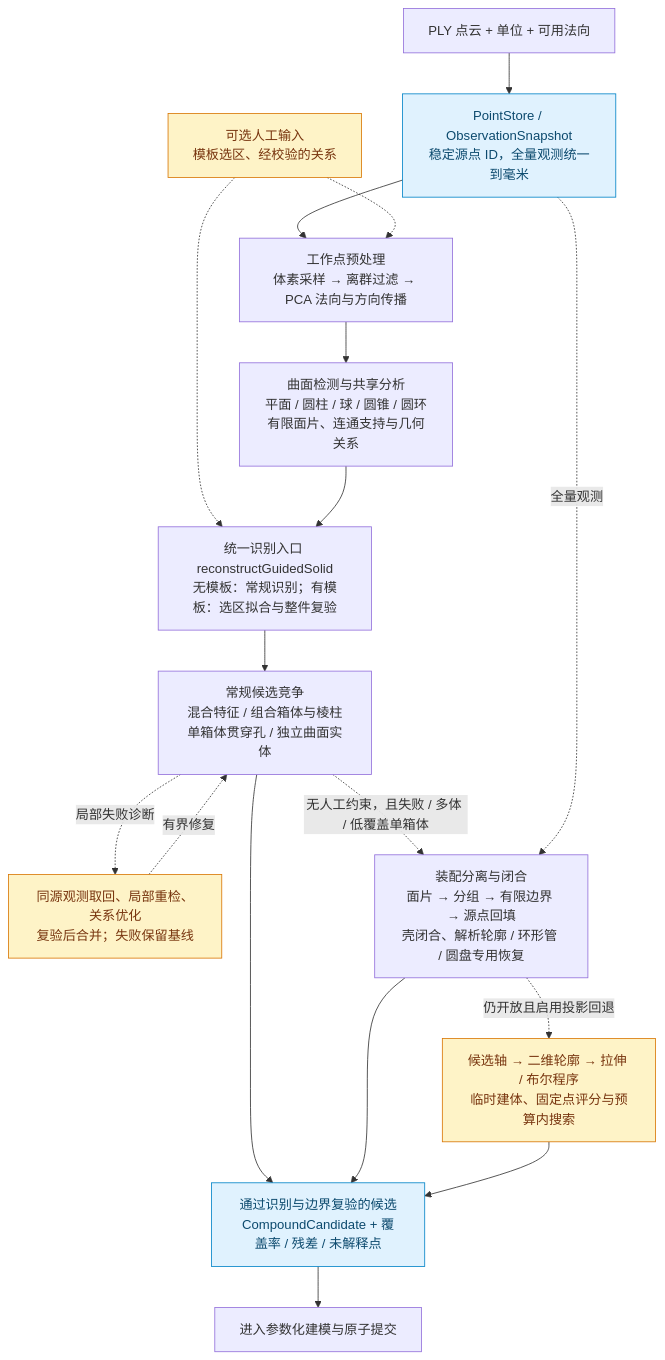
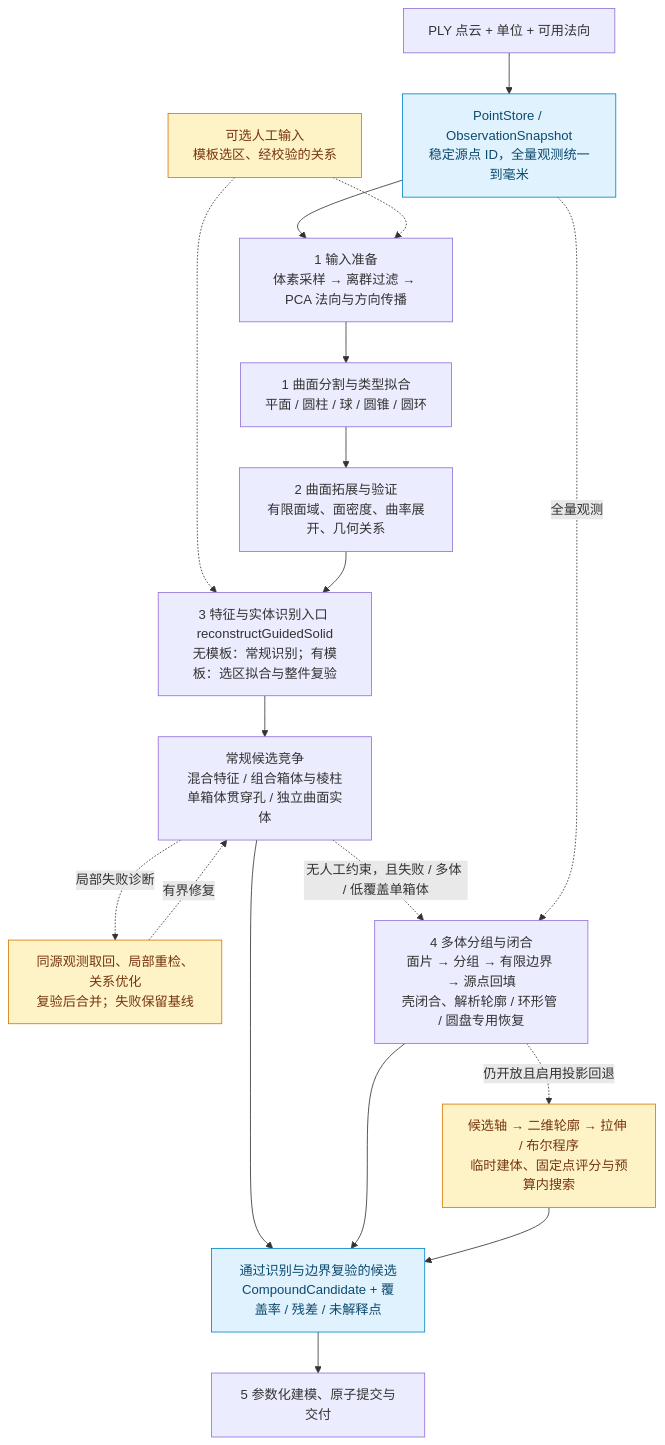
The third of 4 diagrams in docs/site/getting-started/introduction.md (ghhufue/Bochu-ParamCAD), drawn with Mermaid before and after one commit. The commit also changed other lines of this file and 20 other files, not shown here.

````diff
--- a/docs/site/getting-started/introduction.md
+++ b/docs/site/getting-started/introduction.md
@@ -107,25 +107,26 @@
 ```mermaid
 flowchart TB
     PLY["PLY 点云 + 单位 + 可用法向"] --> SNAP["PointStore / ObservationSnapshot<br/>稳定源点 ID，全量观测统一到毫米"]
-    SNAP --> PRE["工作点预处理<br/>体素采样 → 离群过滤 → PCA 法向与方向传播"]
-    PRE --> ANALYSIS["曲面检测与共享分析<br/>平面 / 圆柱 / 球 / 圆锥 / 圆环<br/>有限面片、连通支持与几何关系"]
+    SNAP --> PRE["1 输入准备<br/>体素采样 → 离群过滤 → PCA 法向与方向传播"]
+    PRE --> ANALYSIS["1 曲面分割与类型拟合<br/>平面 / 圆柱 / 球 / 圆锥 / 圆环"]
+    ANALYSIS --> SUPPORT["2 曲面拓展与验证<br/>有限面域、面密度、曲率展开、几何关系"]
     HINT["可选人工输入<br/>模板选区、经校验的关系"]
     HINT -.-> PRE
     HINT -.-> GUIDED
-    ANALYSIS --> GUIDED["统一识别入口 reconstructGuidedSolid<br/>无模板：常规识别；有模板：选区拟合与整件复验"]
+    SUPPORT --> GUIDED["3 特征与实体识别入口 reconstructGuidedSolid<br/>无模板：常规识别；有模板：选区拟合与整件复验"]
     GUIDED --> RECOGNIZE["常规候选竞争<br/>混合特征 / 组合箱体与棱柱<br/>单箱体贯穿孔 / 独立曲面实体"]
     RECOGNIZE -. "局部失败诊断" .-> REPAIR["同源观测取回、局部重检、关系优化<br/>复验后合并；失败保留基线"]
     REPAIR -. "有界修复" .-> RECOGNIZE
     RECOGNIZE --> CANDIDATE["通过识别与边界复验的候选<br/>CompoundCandidate + 覆盖率 / 残差 / 未解释点"]
     RECOGNIZE -. "无人工约束，且失败 / 多体 / 低覆盖单箱体" .-> ASSEMBLY
     SNAP -. "全量观测" .-> ASSEMBLY
-    ASSEMBLY["装配分离与闭合<br/>面片 → 分组 → 有限边界 → 源点回填<br/>壳闭合、解析轮廓 / 环形管 / 圆盘专用恢复"]
+    ASSEMBLY["4 多体分组与闭合<br/>面片 → 分组 → 有限边界 → 源点回填<br/>壳闭合、解析轮廓 / 环形管 / 圆盘专用恢复"]
     ASSEMBLY --> CANDIDATE
     ASSEMBLY -. "仍开放且启用投影回退" .-> PROJECTION["候选轴 → 二维轮廓 → 拉伸 / 布尔程序<br/>临时建体、固定点评分与预算内搜索"]
     PROJECTION --> CANDIDATE
-    CANDIDATE --> NEXT["进入参数化建模与原子提交"]
+    CANDIDATE --> NEXT["5 参数化建模、原子提交与交付"]
     classDef interface fill:#e0f2fe,stroke:#0284c7,color:#0c4a6e
     classDef optional fill:#fef3c7,stroke:#d97706,color:#78350f
     class SNAP,CANDIDATE interface
     class HINT,REPAIR,PROJECTION optional
 ```
````
